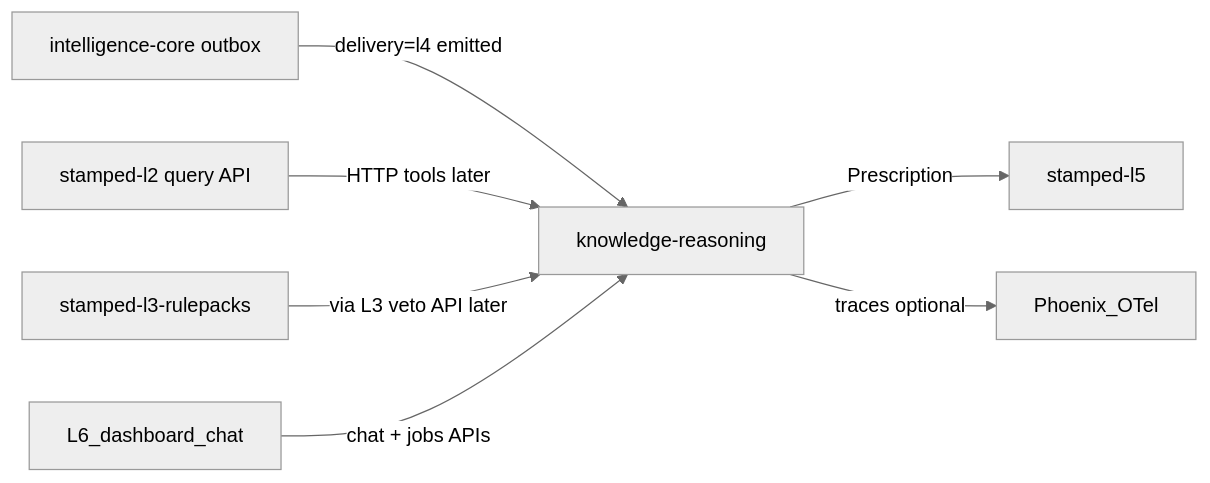
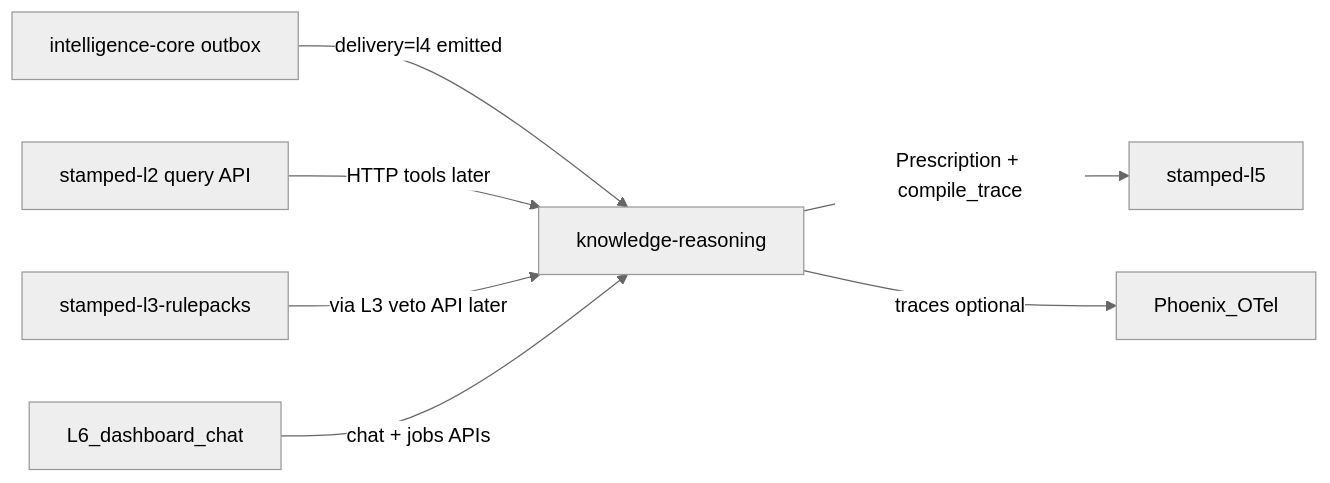
The diagram in handoff/l4/stamped-l4-architecture-handoff.md (Stamped-Energy/stamped-external), drawn with Mermaid (neutral theme) before and after one commit. The commit also changed other lines of this file and 8 other files, not shown here.

Commit message:
docs(decisions): add ADR-028 dual graphs Path D quality-first and L5 compile-trace

````diff
--- a/handoff/l4/stamped-l4-architecture-handoff.md
+++ b/handoff/l4/stamped-l4-architecture-handoff.md
@@ -30,9 +30,9 @@
 ```mermaid
 flowchart LR
   Core[intelligence-core outbox] -->|delivery=l4 emitted| L4[knowledge-reasoning]
   L2[stamped-l2 query API] -->|HTTP tools later| L4
   Packs[stamped-l3-rulepacks] -->|via L3 veto API later| L4
-  L4 -->|Prescription| L5[stamped-l5]
+  L4 -->|Prescription + compile_trace| L5[stamped-l5]
   L6[L6_dashboard_chat] -->|chat + jobs APIs| L4
   L4 -->|traces optional| PX[Phoenix_OTel]
 ```
````
